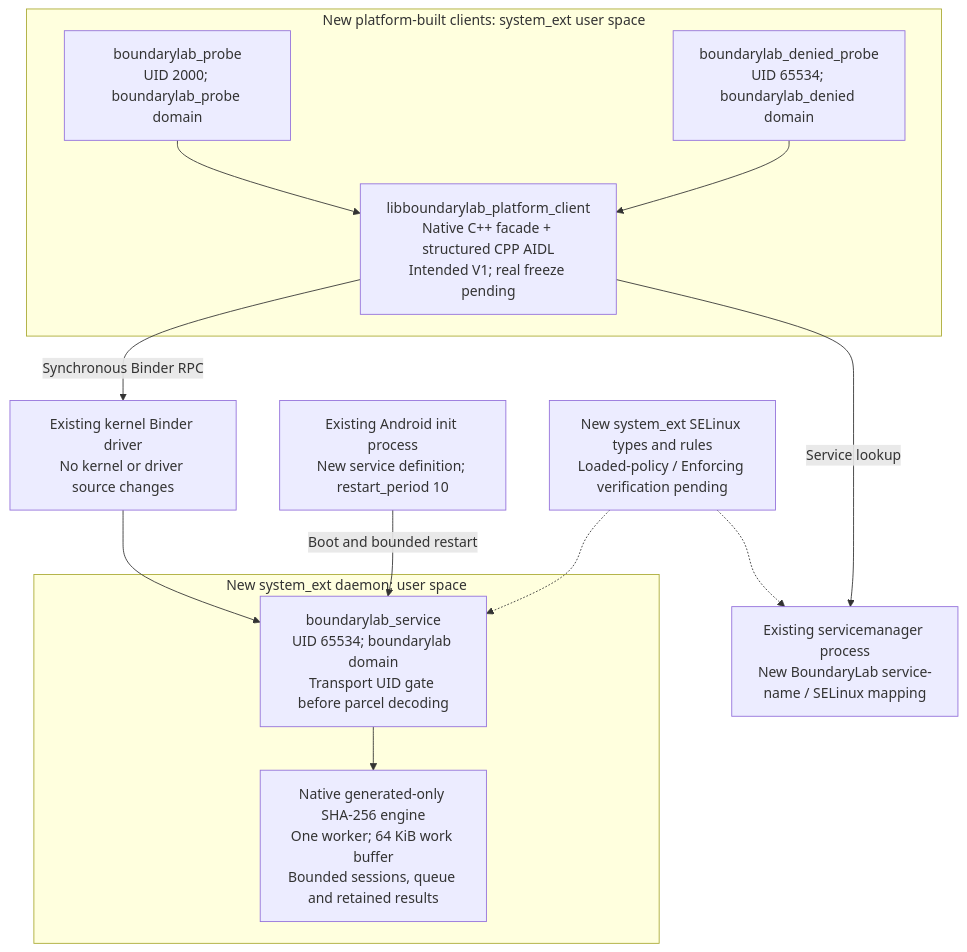
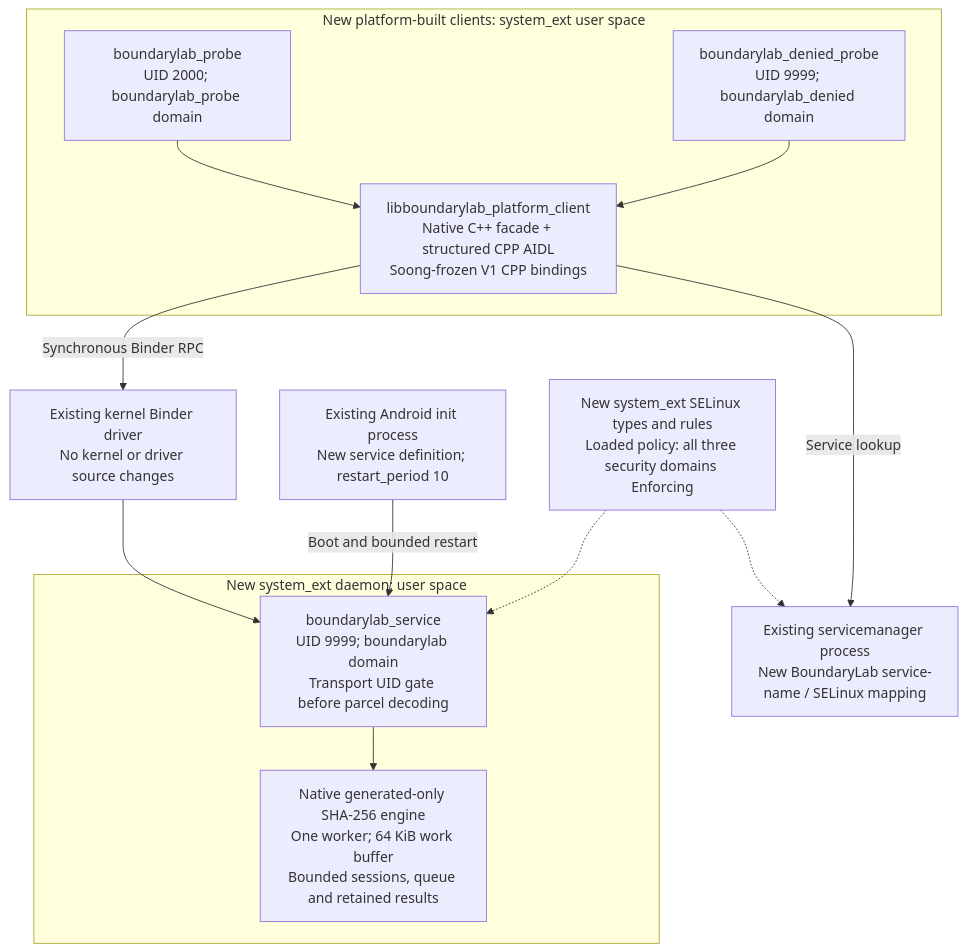
The diagram in docs/AOSP-LAYERS.md (oudaykhaled/boundarylab), drawn with Mermaid before and after one commit. The commit also changed other lines of this file and 1041 other files, not shown here.

````diff
--- a/docs/AOSP-LAYERS.md
+++ b/docs/AOSP-LAYERS.md
@@ -7,28 +9,28 @@
 ```mermaid
 flowchart TB
     subgraph clients["New platform-built clients: system_ext user space"]
         authorized["boundarylab_probe<br/>UID 2000; boundarylab_probe domain"]
-        denied["boundarylab_denied_probe<br/>UID 65534; boundarylab_denied domain"]
-        facade["libboundarylab_platform_client<br/>Native C++ facade + structured CPP AIDL<br/>Intended V1; real freeze pending"]
+        denied["boundarylab_denied_probe<br/>UID 9999; boundarylab_denied domain"]
+        facade["libboundarylab_platform_client<br/>Native C++ facade + structured CPP AIDL<br/>Soong-frozen V1 CPP bindings"]
         authorized --> facade
         denied --> facade
     end
 
     manager["Existing servicemanager process<br/>New BoundaryLab service-name / SELinux mapping"]
     binder["Existing kernel Binder driver<br/>No kernel or driver source changes"]
     initProc["Existing Android init process<br/>New service definition; restart_period 10"]
 
     subgraph daemon["New system_ext daemon: user space"]
-        ingress["boundarylab_service<br/>UID 65534; boundarylab domain<br/>Transport UID gate before parcel decoding"]
+        ingress["boundarylab_service<br/>UID 9999; boundarylab domain<br/>Transport UID gate before parcel decoding"]
         engine["Native generated-only SHA-256 engine<br/>One worker; 64 KiB work buffer<br/>Bounded sessions, queue and retained results"]
         ingress --> engine
     end
 
     facade -->|"Service lookup"| manager
     facade -->|"Synchronous Binder RPC"| binder
     binder --> ingress
     initProc -->|"Boot and bounded restart"| ingress
-    policy["New system_ext SELinux types and rules<br/>Loaded-policy / Enforcing verification pending"]
+    policy["New system_ext SELinux types and rules<br/>Loaded policy: all three security domains Enforcing"]
     policy -.-> manager
     policy -.-> ingress
 ```
````
